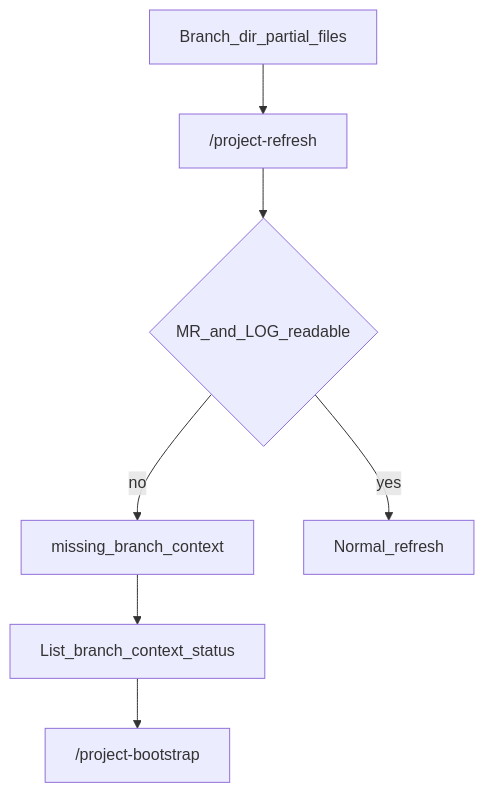
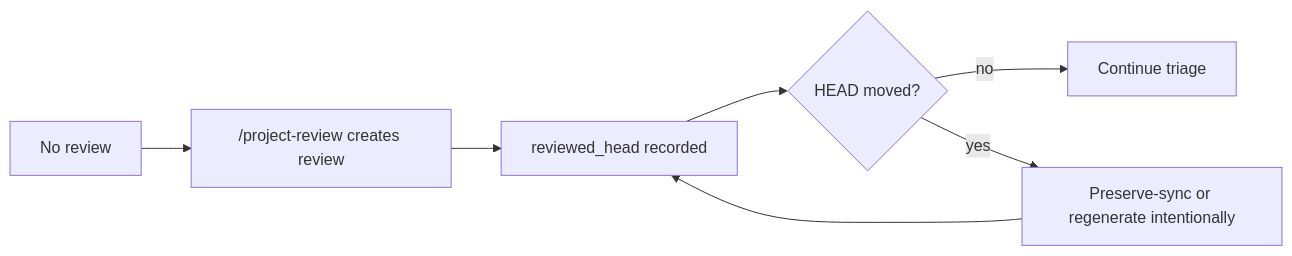
Before and after one commit to palaeologic/opencode-conductor: the fourth of 4 diagrams in documentation/WORKFLOW_MAPS.md, drawn with Mermaid. The commit also changed other lines of this file and 373 other files, not shown here.

````diff
--- a/documentation/WORKFLOW_MAPS.md
+++ b/documentation/WORKFLOW_MAPS.md
@@ -77,10 +44,9 @@
 ```mermaid
-flowchart TB
-  disk[Branch_dir_partial_files]
-  disk --> refreshCheck["/project-refresh"]
-  refreshCheck --> engine{MR_and_LOG_readable}
-  engine -->|no| failTracked[missing_branch_context]
-  failTracked --> explain[List_branch_context_status]
-  explain --> suggestBoot["/project-bootstrap"]
-  engine -->|yes| normal[Normal_refresh]
+flowchart LR
+  N["No review"] --> C["/project-review creates review"]
+  C --> H["reviewed_head recorded"]
+  H --> Q{"HEAD moved?"}
+  Q -->|no| K["Continue triage"]
+  Q -->|yes| S["Preserve-sync or regenerate intentionally"]
+  S --> H
 ```
````
